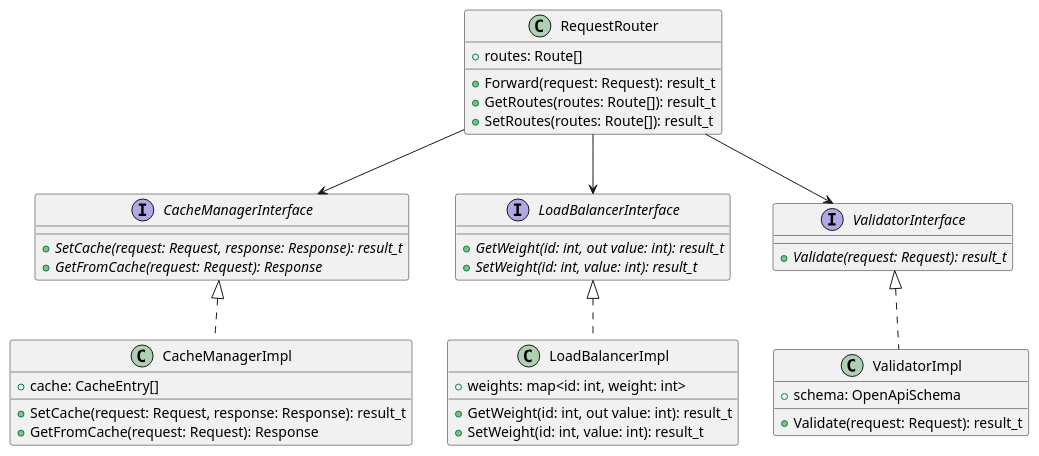
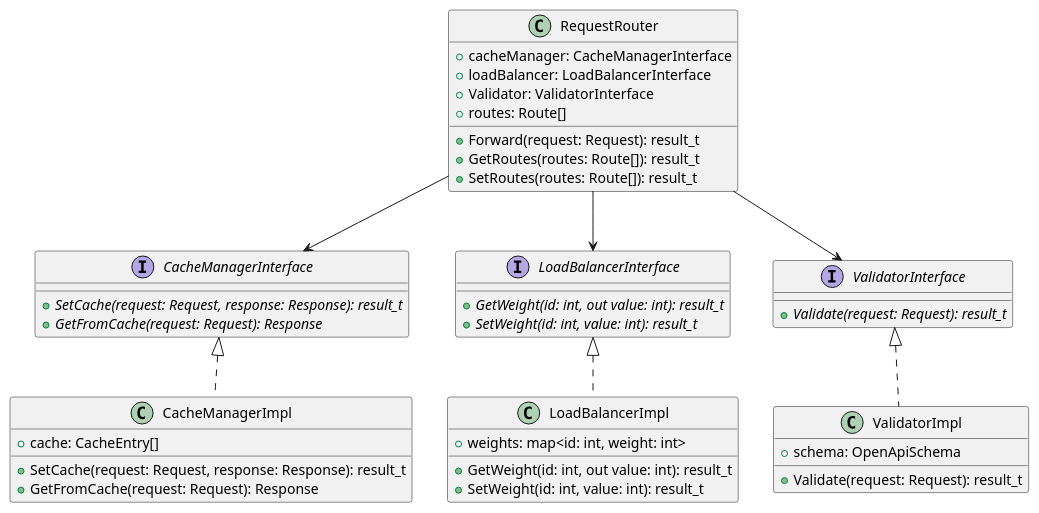
Before and after one commit to fanglores/Advanced-Software-Design: the diagram in PracticeTasks/Module2/Task_12/RequestRouter_SOLID.puml, drawn with PlantUML. The commit also changed 5 other files, not shown here.

```diff
--- a/PracticeTasks/Module2/Task_12/RequestRouter_SOLID.puml
+++ b/PracticeTasks/Module2/Task_12/RequestRouter_SOLID.puml
@@ -1,44 +1,46 @@
 @startuml
 class RequestRouter {
+  +cacheManager: CacheManagerInterface
+  +loadBalancer: LoadBalancerInterface
+  +Validator: ValidatorInterface
   +routes: Route[]
   +Forward(request: Request): result_t
   +GetRoutes(routes: Route[]): result_t
   +SetRoutes(routes: Route[]): result_t
 }
 
 interface CacheManagerInterface {
   {abstract} +SetCache(request: Request, response: Response): result_t
   {abstract} +GetFromCache(request: Request): Response
 }
 
 class CacheManagerImpl implements CacheManagerInterface {
   +cache: CacheEntry[]
   +SetCache(request: Request, response: Response): result_t
   +GetFromCache(request: Request): Response
 }
 
 interface LoadBalancerInterface {
   {abstract} +GetWeight(id: int, out value: int): result_t
   {abstract} +SetWeight(id: int, value: int): result_t
-
 }
 
 class LoadBalancerImpl implements LoadBalancerInterface {
   +weights: map<id: int, weight: int>
   +GetWeight(id: int, out value: int): result_t
   +SetWeight(id: int, value: int): result_t
 }
 
 interface ValidatorInterface {
   {abstract} +Validate(request: Request): result_t
 }
 
 class ValidatorImpl implements ValidatorInterface {
   +schema: OpenApiSchema
   +Validate(request: Request): result_t
 }
 
 RequestRouter --> CacheManagerInterface
 RequestRouter --> LoadBalancerInterface
 RequestRouter --> ValidatorInterface
 @enduml
```
